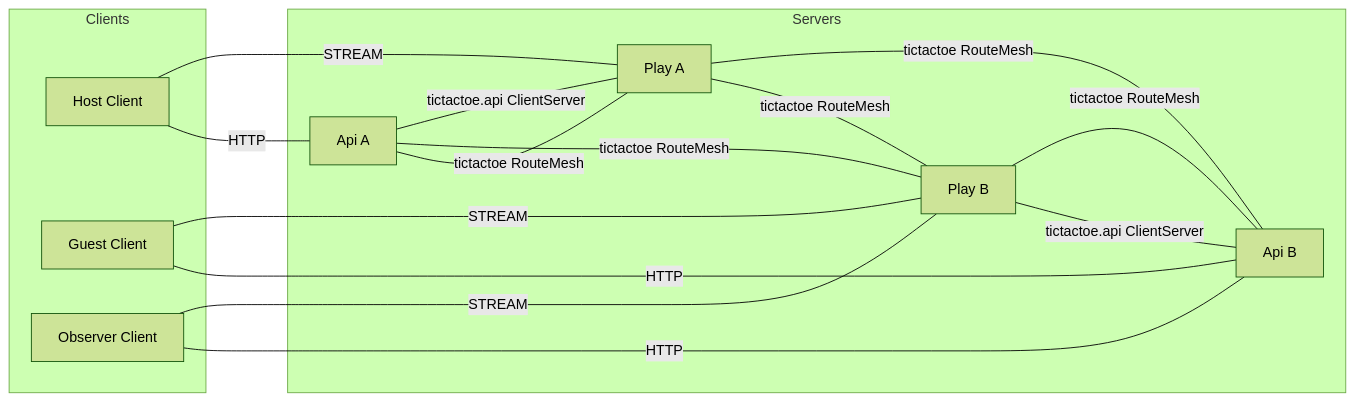
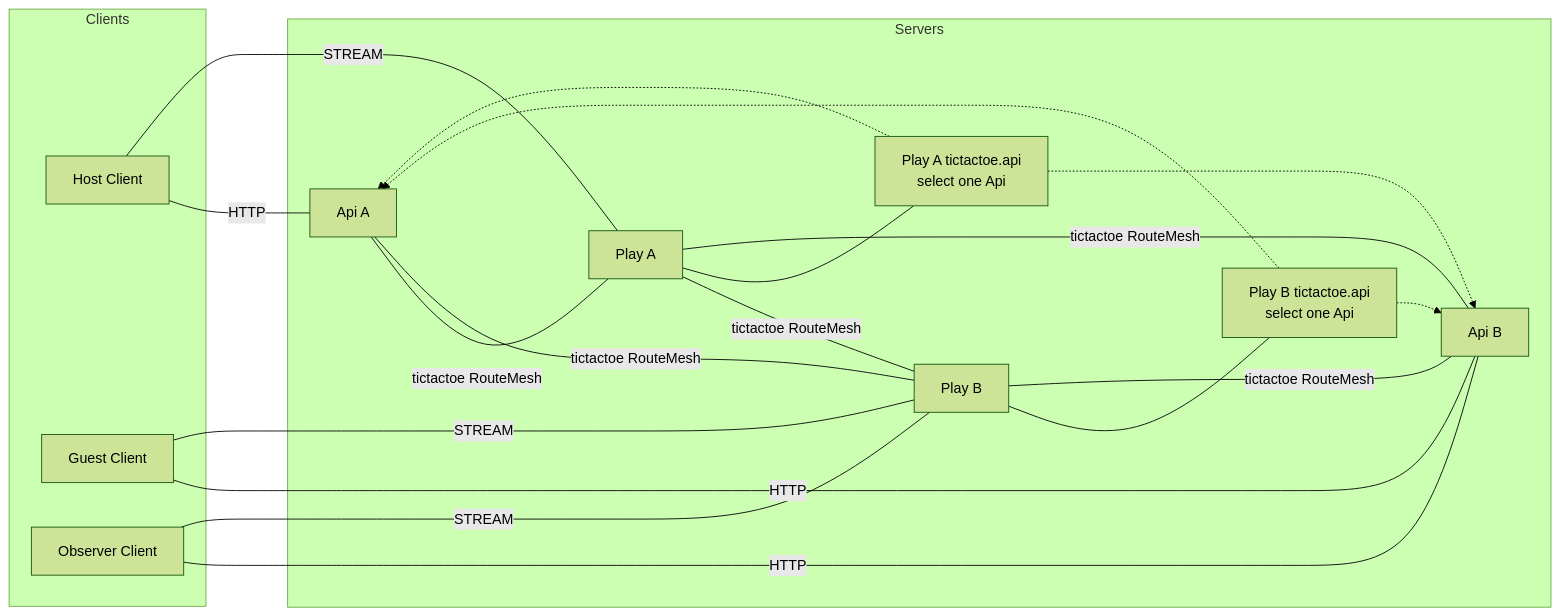
The first of 5 diagrams in framework/doc/framework/common/sample/tictactoe/README.en.md (zlink-systems/zlink), drawn with Mermaid (forest theme) before and after one commit. The commit also changed other lines of this file and 1642 other files, not shown here.

````diff
--- a/framework/doc/framework/common/sample/tictactoe/README.en.md
+++ b/framework/doc/framework/common/sample/tictactoe/README.en.md
@@ -87,27 +102,33 @@
 ```mermaid
 flowchart LR
     subgraph Clients[Clients]
         H[Host Client]
         G[Guest Client]
         O[Observer Client]
     end
     subgraph Servers[Servers]
         A1[Api A]
         A2[Api B]
         P1[Play A]
         P2[Play B]
+        AC1["Play A tictactoe.api<br/>select one Api"]
+        AC2["Play B tictactoe.api<br/>select one Api"]
     end
     H ---|HTTP| A1
     G ---|HTTP| A2
     O ---|HTTP| A2
     H ---|STREAM| P1
     G ---|STREAM| P2
     O ---|STREAM| P2
     A1 ---|tictactoe RouteMesh| P1
     A1 ---|tictactoe RouteMesh| P2
     A2 ---|tictactoe RouteMesh| P1
     A2 ---|tictactoe RouteMesh| P2
     P1 ---|tictactoe RouteMesh| P2
-    P1 ---|tictactoe.api ClientServer| A1
-    P2 ---|tictactoe.api ClientServer| A2
+    P1 --- AC1
+    AC1 -.-> A1
+    AC1 -.-> A2
+    P2 --- AC2
+    AC2 -.-> A1
+    AC2 -.-> A2
 ```
````
